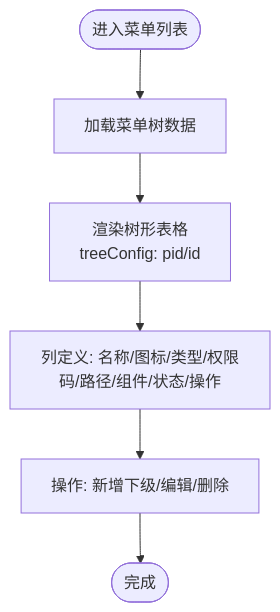
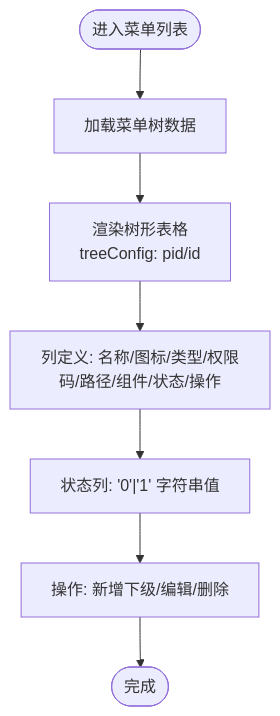
The fourth of 7 diagrams in .qoder/repowiki/zh/content/业务模块/菜单管理.md (ShiRuYu/shiyu-ui), drawn with Mermaid before and after one commit. The commit also changed other lines of this file and 37 other files, not shown here.

````diff
--- a/.qoder/repowiki/zh/content/业务模块/菜单管理.md
+++ b/.qoder/repowiki/zh/content/业务模块/菜单管理.md
@@ -227,8 +226,9 @@
 ```mermaid
 flowchart TD
 Start(["进入菜单列表"]) --> Load["加载菜单树数据"]
 Load --> Render["渲染树形表格<br/>treeConfig: pid/id"]
 Render --> Columns["列定义: 名称/图标/类型/权限码/路径/组件/状态/操作"]
-Columns --> Actions["操作: 新增下级/编辑/删除"]
+Columns --> Status["状态列: '0'|'1' 字符串值"]
+Status --> Actions["操作: 新增下级/编辑/删除"]
 Actions --> End(["完成"])
 ```
````
